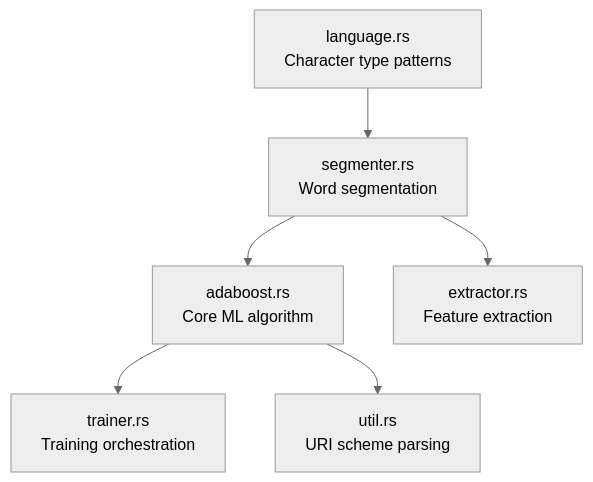
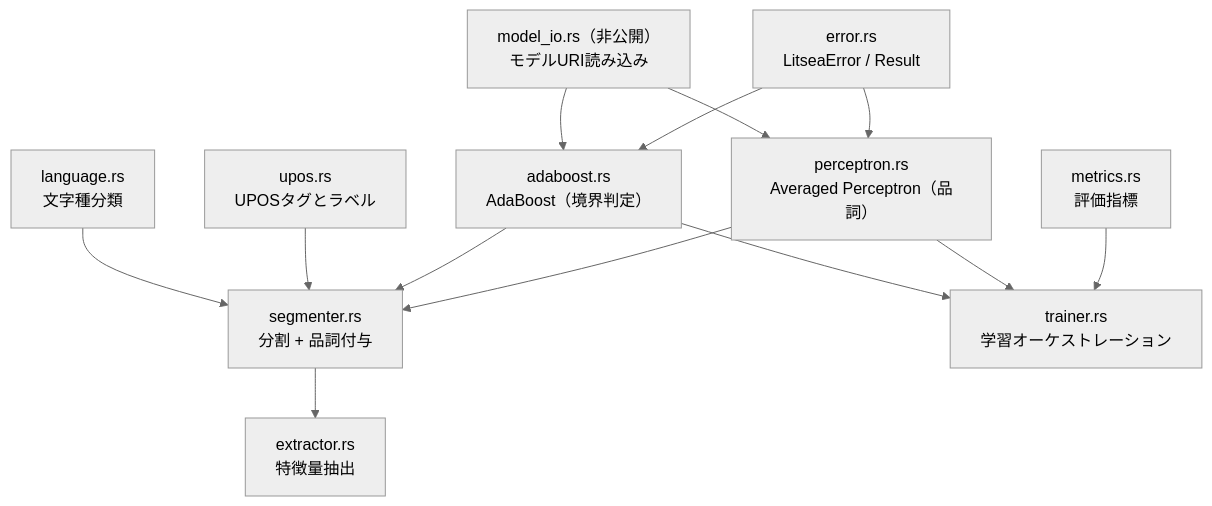
The diagram in docs/ja/src/architecture/module-design.md (mosuka/litsea), drawn with Mermaid (neutral theme) before and after one commit. The commit also changed other lines of this file and 39 other files, not shown here.

````diff
--- a/docs/ja/src/architecture/module-design.md
+++ b/docs/ja/src/architecture/module-design.md
@@ -7,15 +7,26 @@
 ```mermaid
 graph TD
-    language["language.rs<br/>Character type patterns"]
-    segmenter["segmenter.rs<br/>Word segmentation"]
-    adaboost["adaboost.rs<br/>Core ML algorithm"]
-    extractor["extractor.rs<br/>Feature extraction"]
-    trainer["trainer.rs<br/>Training orchestration"]
-    util["util.rs<br/>URI scheme parsing"]
+    language["language.rs<br/>文字種分類"]
+    segmenter["segmenter.rs<br/>分割 + 品詞付与"]
+    adaboost["adaboost.rs<br/>AdaBoost（境界判定）"]
+    perceptron["perceptron.rs<br/>Averaged Perceptron（品詞）"]
+    upos["upos.rs<br/>UPOSタグとラベル"]
+    extractor["extractor.rs<br/>特徴量抽出"]
+    trainer["trainer.rs<br/>学習オーケストレーション"]
+    model_io["model_io.rs（非公開）<br/>モデルURI読み込み"]
+    error["error.rs<br/>LitseaError / Result"]
+    metrics["metrics.rs<br/>評価指標"]
 
     language --> segmenter
-    segmenter --> adaboost
+    upos --> segmenter
+    adaboost --> segmenter
+    perceptron --> segmenter
     segmenter --> extractor
     adaboost --> trainer
-    adaboost --> util
+    perceptron --> trainer
+    model_io --> adaboost
+    model_io --> perceptron
+    error --> adaboost
+    error --> perceptron
+    metrics --> trainer
 ```
````
